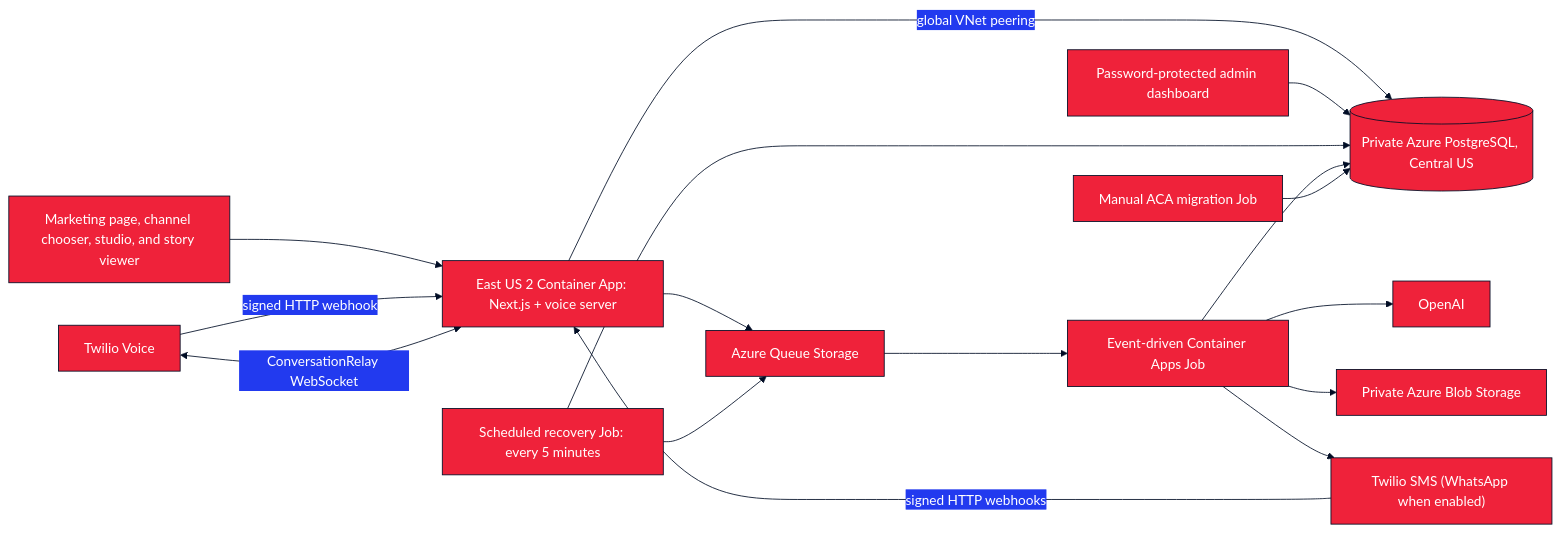
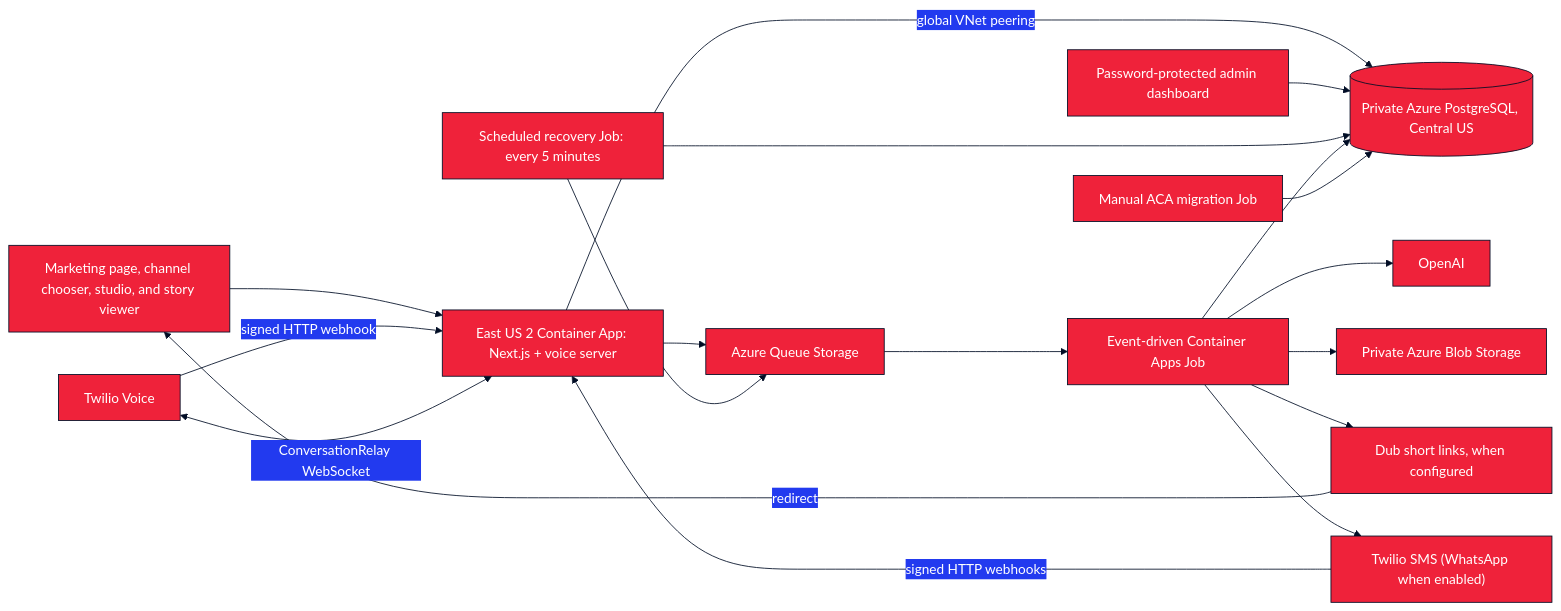
One commit to anthonyplusAI/twilio-comics changed the diagram in README.md. Above: the diagram before and after it, drawn with Mermaid. The commit also changed other lines of this file and 38 other files, not shown here.

Commit message:
feat: deliver branded comic short links via Dub (#19)

````diff
--- a/README.md
+++ b/README.md
@@ -13,22 +13,24 @@
 ```mermaid
 %%{init: {'theme':'base','themeVariables':{
   'primaryColor':'#EF223A','primaryTextColor':'#FFFFFF',
   'primaryBorderColor':'#000D25','lineColor':'#000D25',
   'fontFamily':'Inter, system-ui, sans-serif'}}}%%
 flowchart LR
   Web[Marketing page, channel chooser, studio, and story viewer] --> App[East US 2 Container App: Next.js + voice server]
   Text["Twilio SMS (WhatsApp when enabled)"] -->|signed HTTP webhooks| App
   Voice[Twilio Voice] -->|signed HTTP webhook| App
   Voice <-->|ConversationRelay WebSocket| App
   App -->|global VNet peering| DB[(Private Azure PostgreSQL, Central US)]
   Admin[Password-protected admin dashboard] --> DB
   App --> Queue[Azure Queue Storage]
   Queue --> Job[Event-driven Container Apps Job]
   Recovery[Scheduled recovery Job: every 5 minutes] --> DB
   Recovery --> Queue
   Job --> OpenAI[OpenAI]
   Job --> Blob[Private Azure Blob Storage]
   Job --> DB
+  Job --> Dub[Dub short links, when configured]
+  Dub -->|redirect| Web
   Migration[Manual ACA migration Job] --> DB
   Job --> Text
 ```
````
